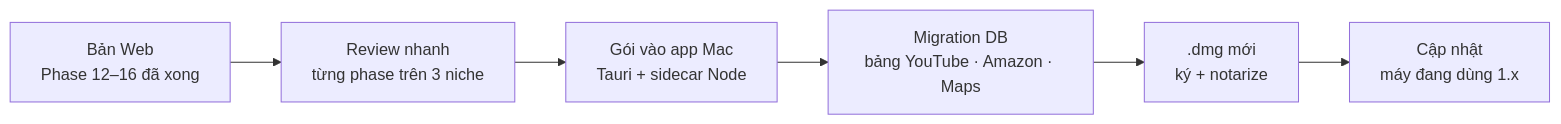
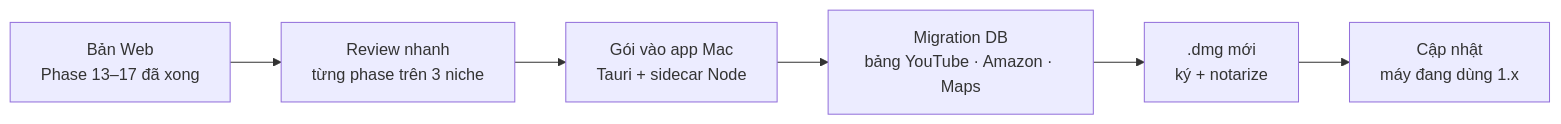
The diagram in docs/app/phase-57-local-app-2.md (nvminhtu/niche-radar-docs), drawn with Mermaid before and after one commit. The commit also changed other lines of this file and 27 other files, not shown here.

Commit message:
docs: sync đánh số lại phase Web — So sánh niche thành Phase 10, 10–16 → 11–17

````diff
--- a/docs/app/phase-57-local-app-2.md
+++ b/docs/app/phase-57-local-app-2.md
@@ -9,8 +9,8 @@
 ```mermaid
 flowchart LR
-  W[Bản Web<br/>Phase 12–16 đã xong] --> R[Review nhanh<br/>từng phase trên 3 niche]
+  W[Bản Web<br/>Phase 13–17 đã xong] --> R[Review nhanh<br/>từng phase trên 3 niche]
   R --> P[Gói vào app Mac<br/>Tauri + sidecar Node]
   P --> M[Migration DB<br/>bảng YouTube · Amazon · Maps]
   M --> B[.dmg mới<br/>ký + notarize]
   B --> U[Cập nhật<br/>máy đang dùng 1.x]
 ```
````
